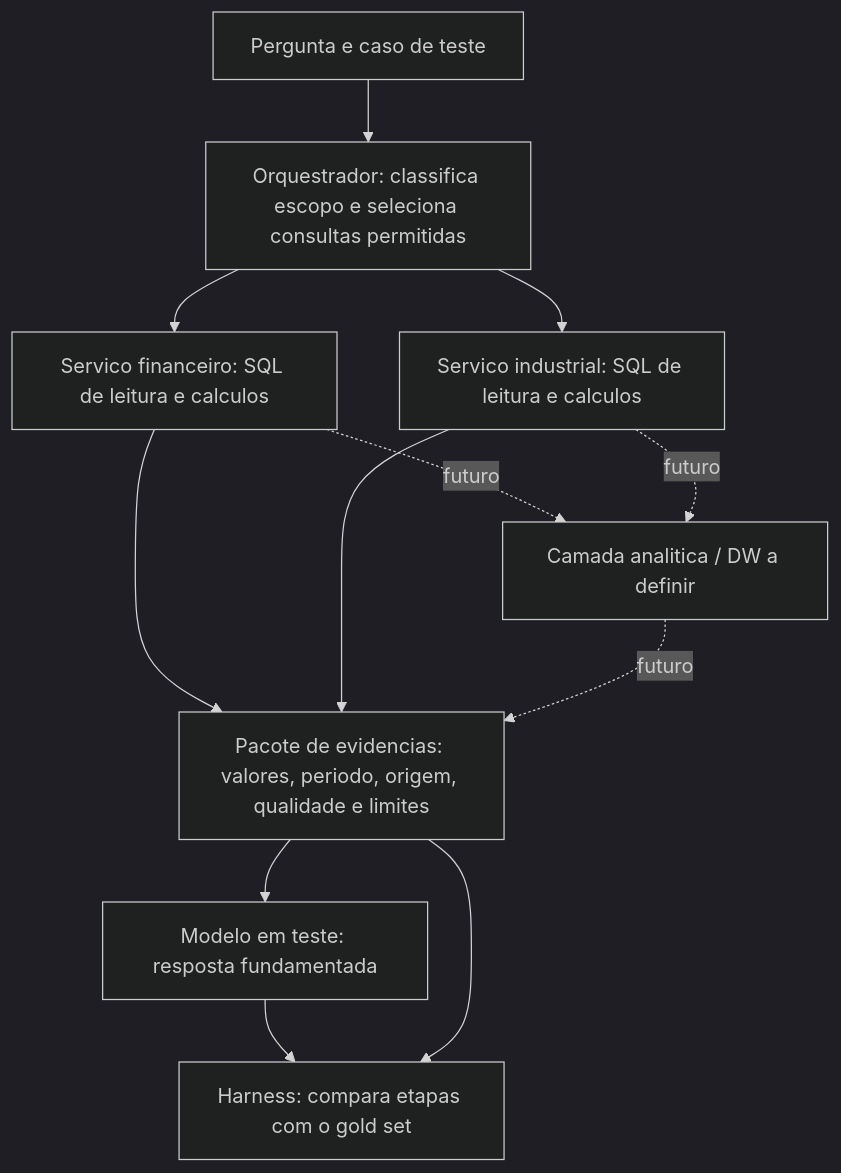
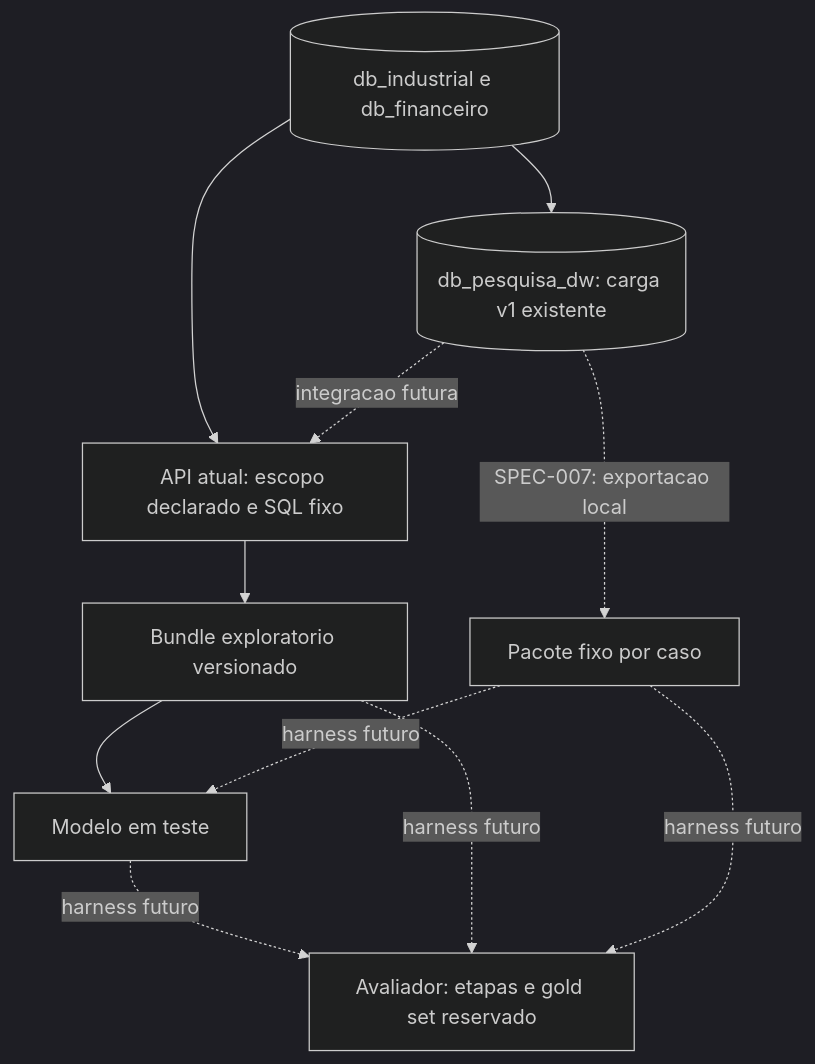
One commit to viniciusjsdev/Pesquisa_IC_IA changed the diagram in BancoModeloUse/docs/arquitetura_avaliacao_modelos.md. Above: the diagram before and after it, drawn with Mermaid (dark theme). The commit also changed other lines of this file and 52 other files, not shown here.

Commit message:
Add local inference API, research DW, and implementation specs

````diff
--- a/BancoModeloUse/docs/arquitetura_avaliacao_modelos.md
+++ b/BancoModeloUse/docs/arquitetura_avaliacao_modelos.md
@@ -13,14 +13,13 @@
 ```mermaid
 flowchart TD
-    Q[Pergunta e caso de teste] --> O[Orquestrador: classifica escopo e seleciona consultas permitidas]
-    O --> F[Servico financeiro: SQL de leitura e calculos]
-    O --> I[Servico industrial: SQL de leitura e calculos]
-    F --> E[Pacote de evidencias: valores, periodo, origem, qualidade e limites]
-    I --> E
-    F -. futuro .-> D[Camada analitica / DW a definir]
-    I -. futuro .-> D
-    D -. futuro .-> E
-    E --> M[Modelo em teste: resposta fundamentada]
-    M --> H[Harness: compara etapas com o gold set]
-    E --> H
+    S[(db_industrial e db_financeiro)] --> O[API atual: escopo declarado e SQL fixo]
+    S --> D[(db_pesquisa_dw: carga v1 existente)]
+    O --> E[Bundle exploratorio versionado]
+    D -. SPEC-007: exportacao local .-> P[Pacote fixo por caso]
+    D -. integracao futura .-> O
+    E --> M[Modelo em teste]
+    P -. harness futuro .-> M
+    M -. harness futuro .-> H[Avaliador: etapas e gold set reservado]
+    E -. harness futuro .-> H
+    P -. harness futuro .-> H
 ```
````
